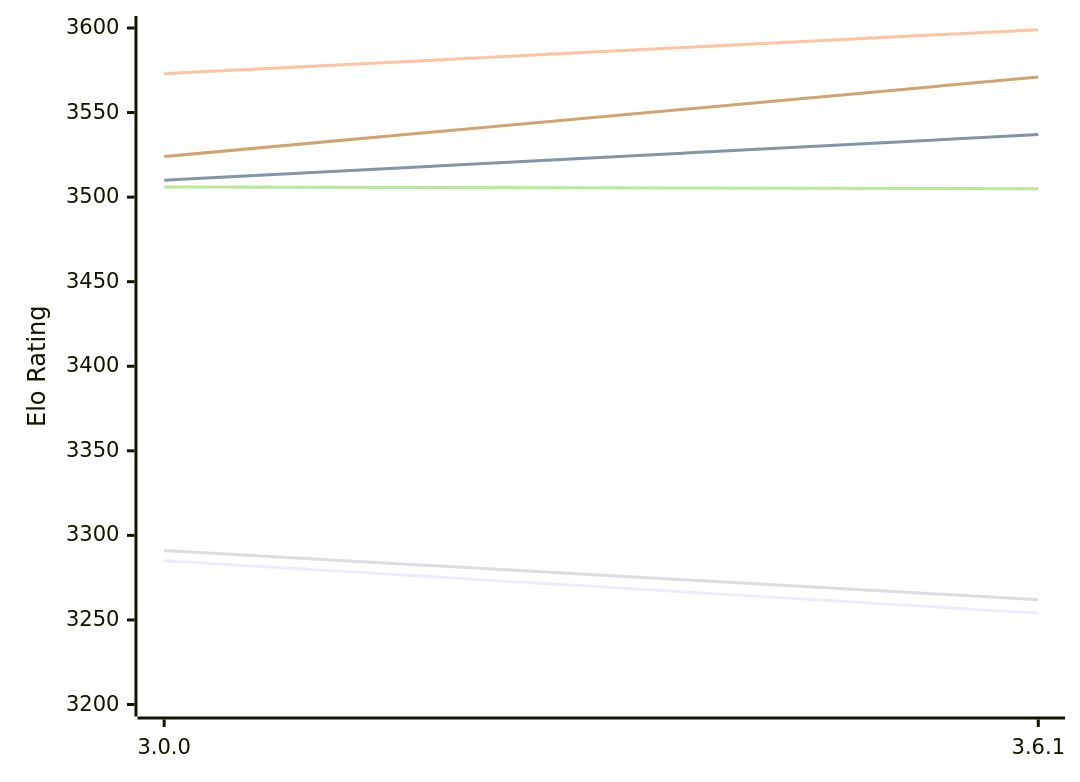
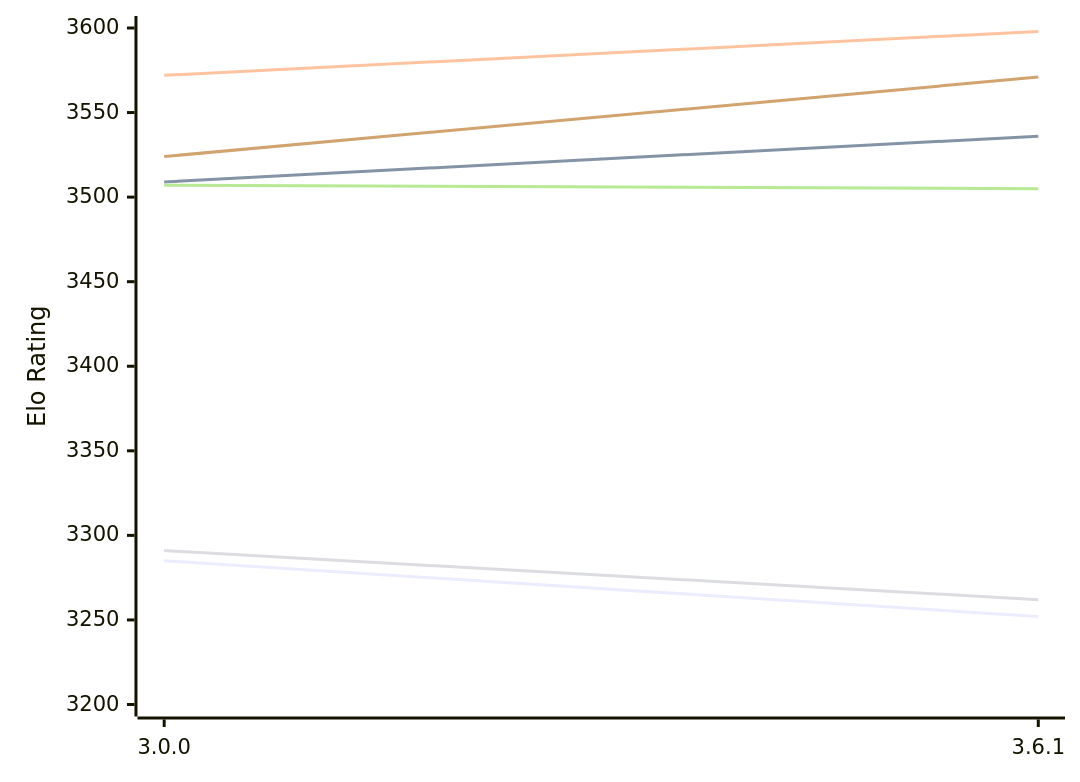
Before and after one commit to computer-chess-index/cci: the diagram in engines/Peras.md, drawn with Mermaid. The commit also changed other lines of this file, not shown here.

Commit message:
Update CCI Ratings (ELO VLTC) - 2026-11-28

````diff
--- a/engines/Peras.md
+++ b/engines/Peras.md
@@ -49,12 +49,12 @@
 ```mermaid
 %%{init: {"theme":"base","themeVariables":{"seriesColors:['#a3a3a3','#222221','#faa371']}}}%%
 xychart-beta
   x-axis ["3.0.0", "3.6.1"]
   y-axis "Elo Rating" 3200 --> 3600
-  line "E1: STC (8.0+0.08s)" [3285, 3254]
-  line "E1: LTC (60.0+0.60s)" [3510, 3537]
-  line "E1: VLTC (2m24s+1.12s)" [3573, 3599]
+  line "E1: STC (8.0+0.08s)" [3285, 3252]
+  line "E1: LTC (60.0+0.60s)" [3509, 3536]
+  line "E1: VLTC (2m24s+1.12s)" [3572, 3598]
   line "P1: STC (8.0+0.08s)" [3291, 3262]
-  line "P1: LTC (60.0+0.60s)" [3506, 3505]
+  line "P1: LTC (60.0+0.60s)" [3507, 3505]
   line "P1: VLTC (2m24s+1.12s)" [3524, 3571]
 ```
````
